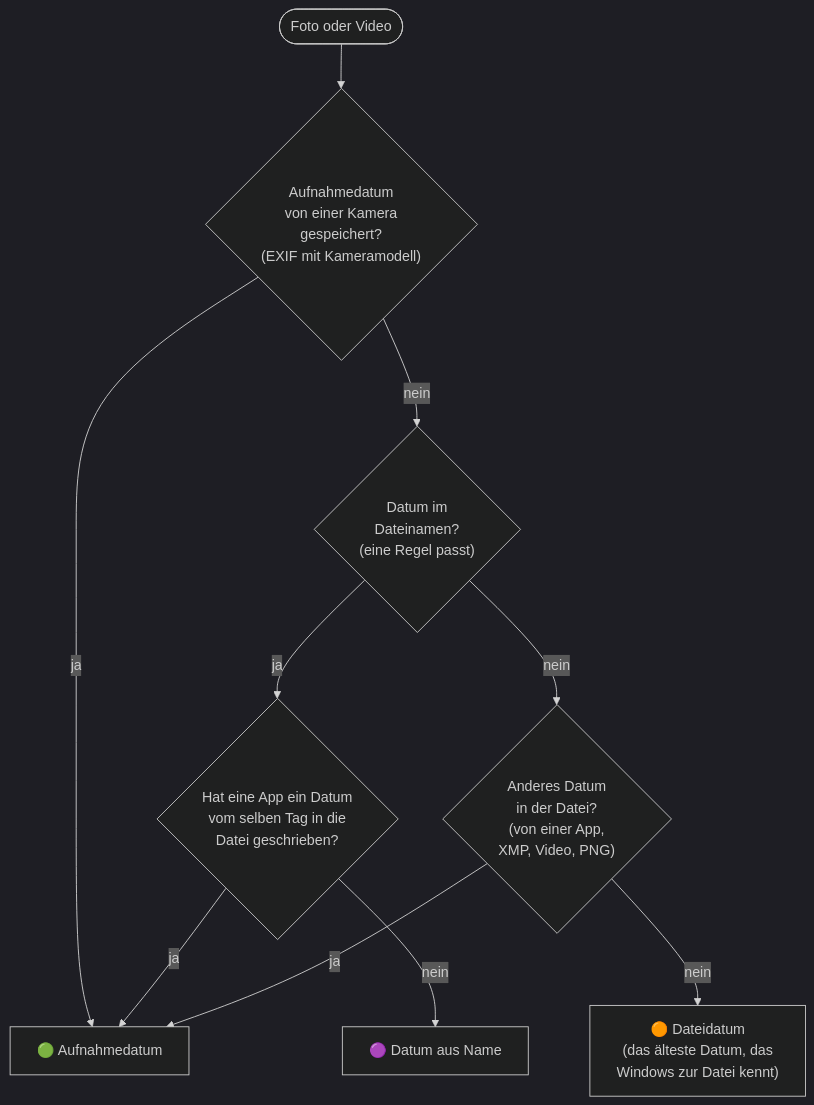
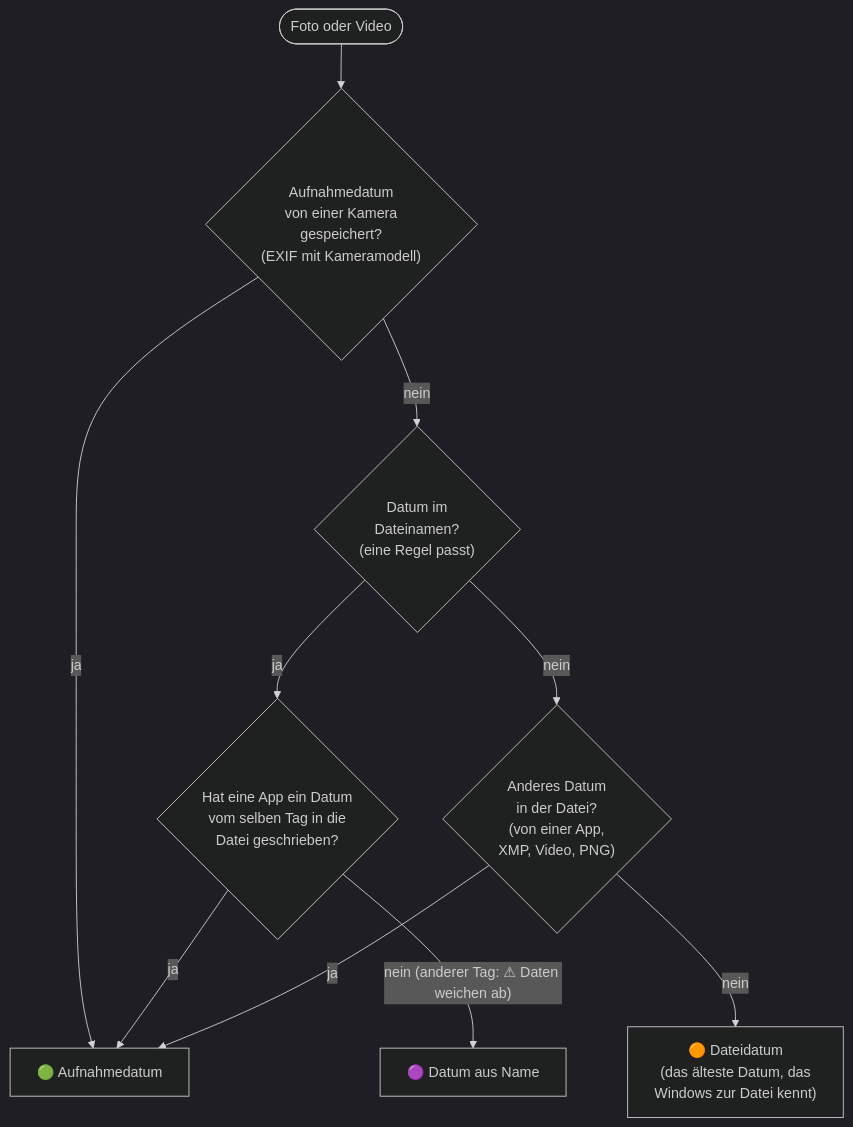
The second of 2 diagrams in docs/user-guide.de.md (jannikjordan/snapdate), drawn with Mermaid (dark theme) before and after one commit. The commit also changed other lines of this file and 2 other files, not shown here.

````diff
--- a/docs/user-guide.de.md
+++ b/docs/user-guide.de.md
@@ -230,12 +230,12 @@
 ```mermaid
 flowchart TD
     S([Foto oder Video]) --> A{"Aufnahmedatum<br/>von einer Kamera<br/>gespeichert?<br/>(EXIF mit Kameramodell)"}
     A -- ja --> OK["🟢 Aufnahmedatum"]
     A -- nein --> N{"Datum im<br/>Dateinamen?<br/>(eine Regel passt)"}
     N -- ja --> C{"Hat eine App ein Datum<br/>vom selben Tag in die<br/>Datei geschrieben?"}
     C -- ja --> OK
-    C -- nein --> NM["🟣 Datum aus Name"]
+    C -- "nein (anderer Tag: ⚠ Daten weichen ab)" --> NM["🟣 Datum aus Name"]
     N -- nein --> B{"Anderes Datum<br/>in der Datei?<br/>(von einer App,<br/>XMP, Video, PNG)"}
     B -- ja --> OK
     B -- nein --> F["🟠 Dateidatum<br/>(das älteste Datum, das<br/>Windows zur Datei kennt)"]
 ```
````
